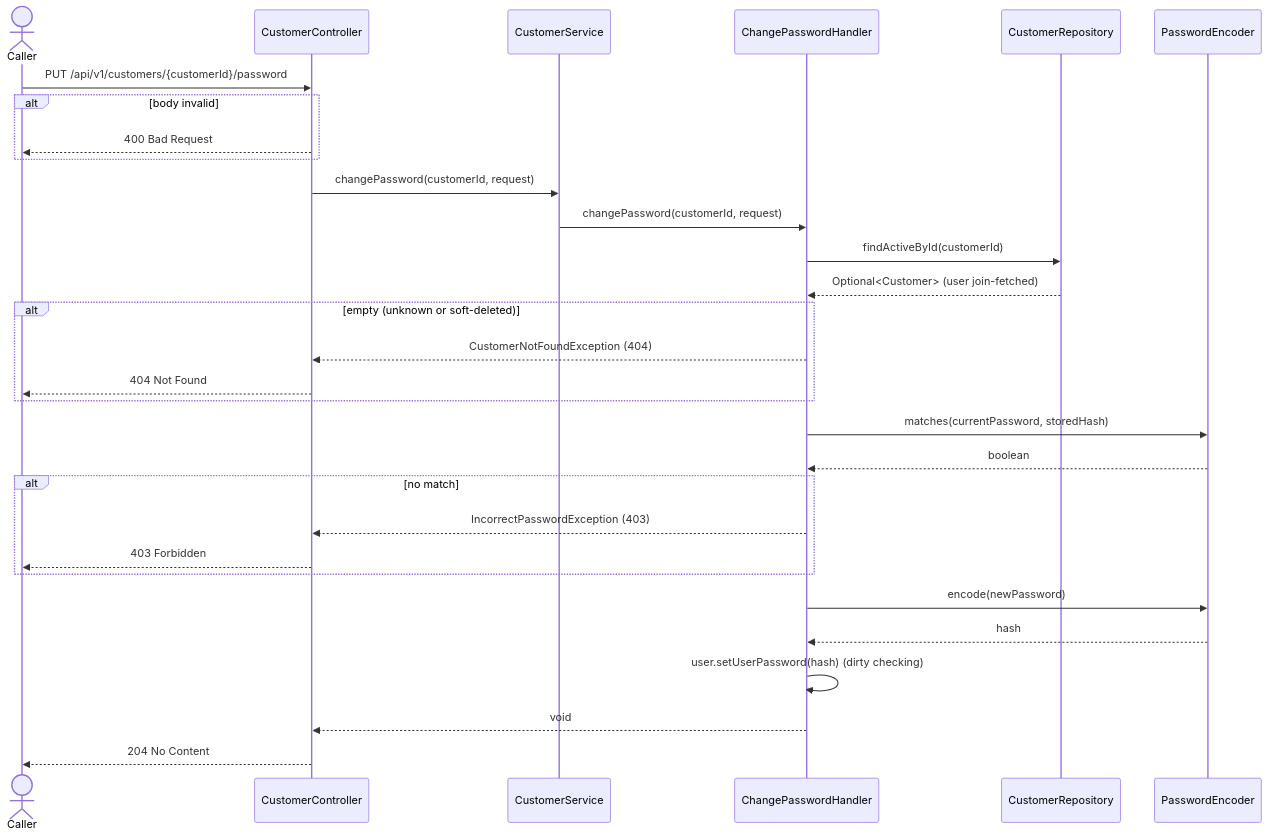
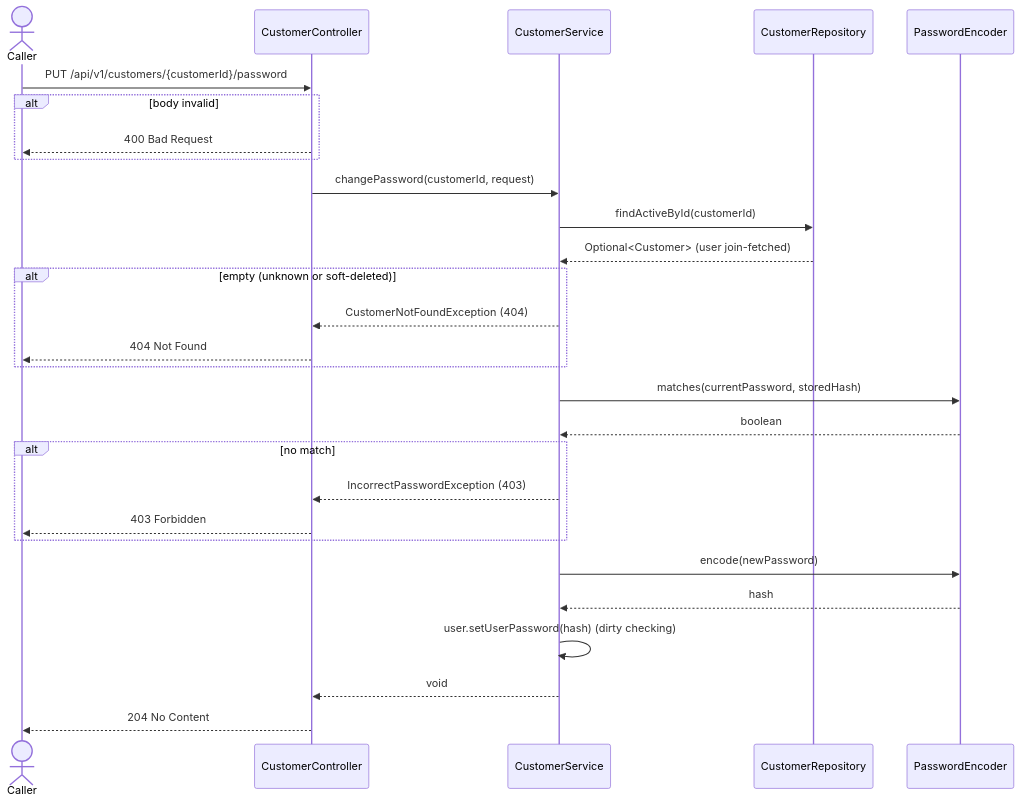
The second of 2 diagrams in restaurant/.docs/use-cases/customer-management/update-customer/update-customer.md (msmohammed0077-cmd/mentorship-restaurant), drawn with Mermaid before and after one commit. The commit also changed other lines of this file and 14 other files, not shown here.

````diff
--- a/restaurant/.docs/use-cases/customer-management/update-customer/update-customer.md
+++ b/restaurant/.docs/use-cases/customer-management/update-customer/update-customer.md
@@ -224,33 +222,31 @@
 ```mermaid
 sequenceDiagram
     actor Caller
     participant C as CustomerController
-    participant S as CustomerService
-    participant H as ChangePasswordHandler
+    participant H as CustomerService
     participant CR as CustomerRepository
     participant PE as PasswordEncoder
 
     Caller->>C: PUT /api/v1/customers/{customerId}/password
     alt body invalid
         C-->>Caller: 400 Bad Request
     end
-    C->>S: changePassword(customerId, request)
-    S->>H: changePassword(customerId, request)
+    C->>H: changePassword(customerId, request)
     H->>CR: findActiveById(customerId)
     CR-->>H: Optional<Customer> (user join-fetched)
     alt empty (unknown or soft-deleted)
         H-->>C: CustomerNotFoundException (404)
         C-->>Caller: 404 Not Found
     end
     H->>PE: matches(currentPassword, storedHash)
     PE-->>H: boolean
     alt no match
         H-->>C: IncorrectPasswordException (403)
         C-->>Caller: 403 Forbidden
     end
     H->>PE: encode(newPassword)
     PE-->>H: hash
     H->>H: user.setUserPassword(hash) (dirty checking)
     H-->>C: void
     C-->>Caller: 204 No Content
 ```
````
